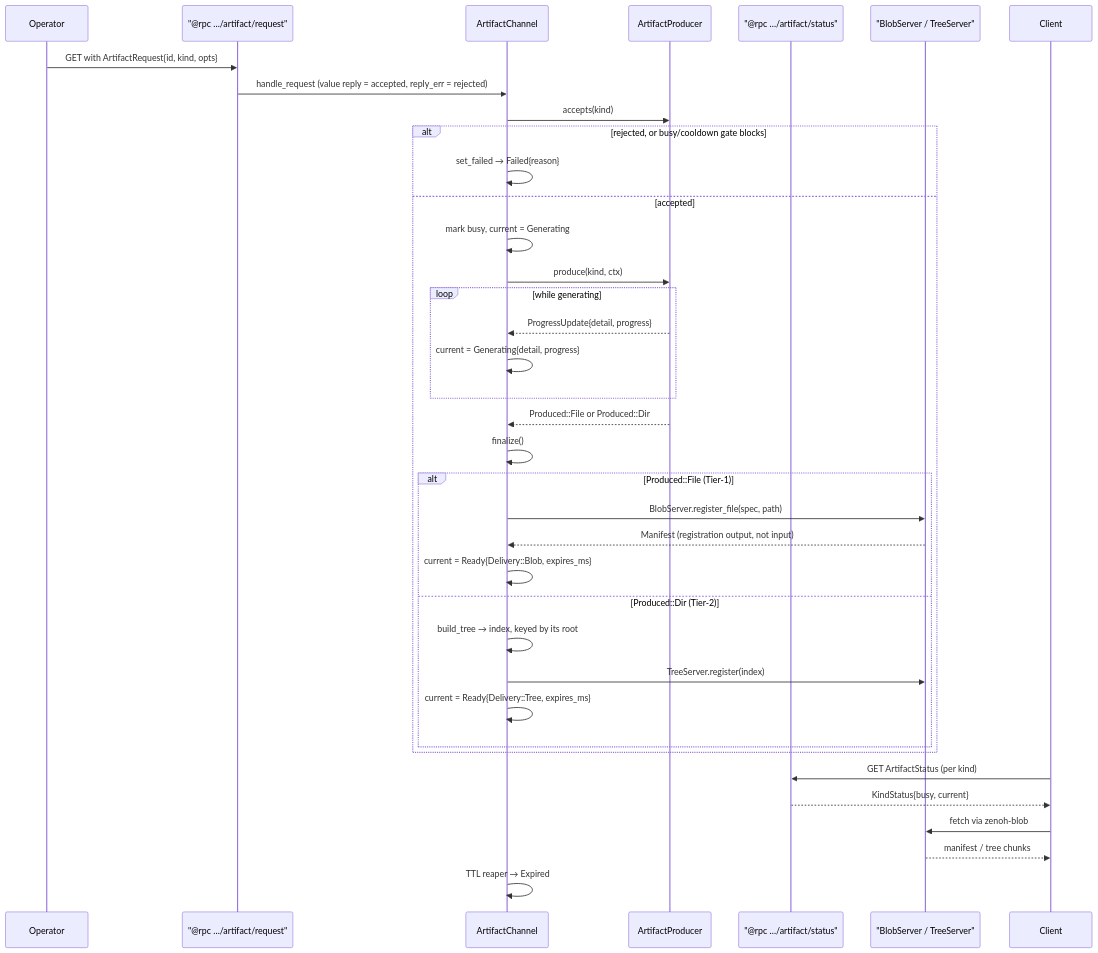
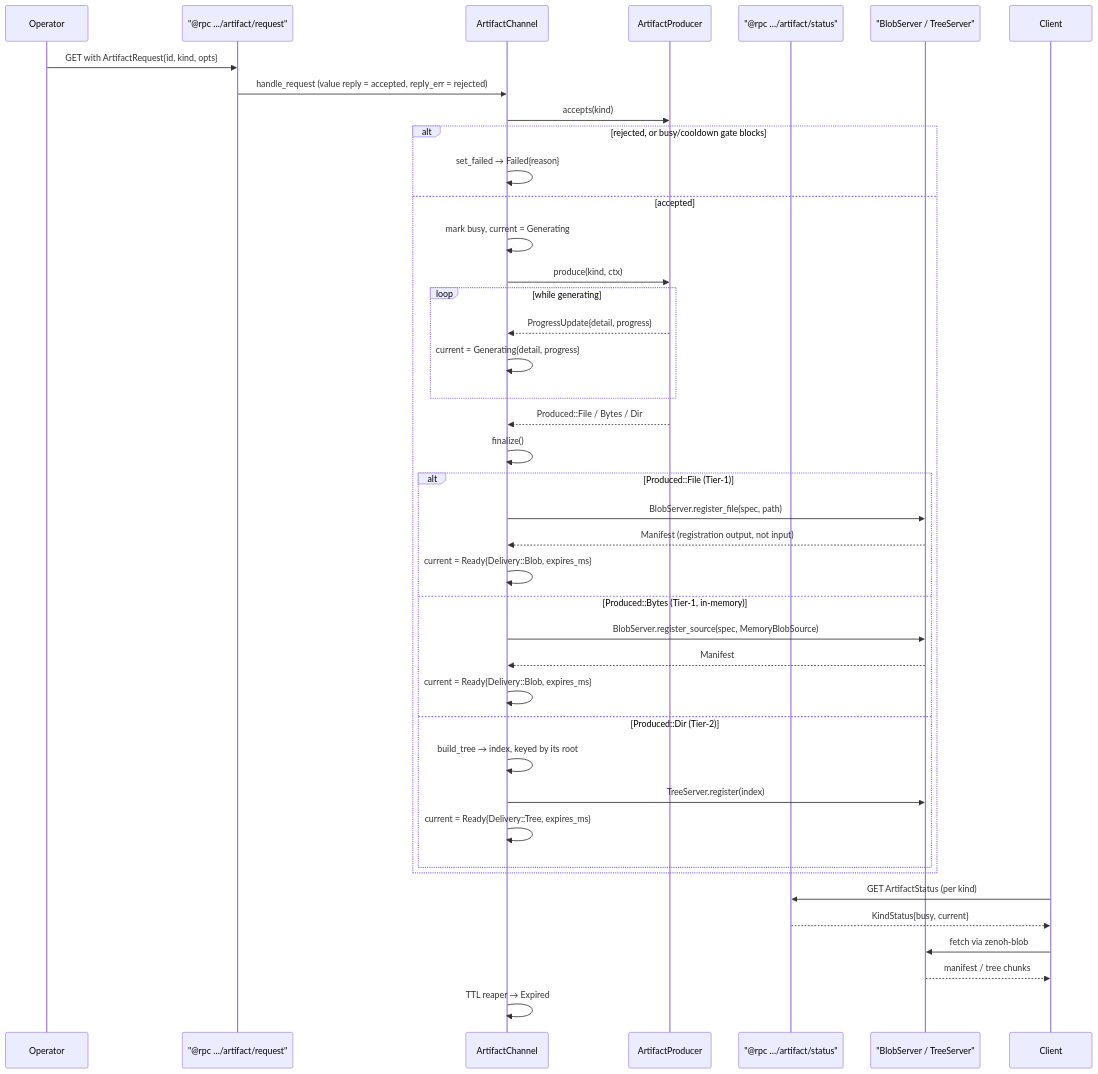
One commit to p13marc/zensight changed the second of 2 diagrams in zensight-sensor-core/docs/artifacts.md. Above: the diagram before and after it, drawn with Mermaid. The commit also changed other lines of this file and 5 other files, not shown here.

First line of the commit message:
feat(sensor-core): serve debug reports from memory via register_source

````diff
--- a/zensight-sensor-core/docs/artifacts.md
+++ b/zensight-sensor-core/docs/artifacts.md
@@ -69,40 +69,44 @@
 ```mermaid
 sequenceDiagram
     participant Operator
     participant Request as "@rpc …/artifact/request"
     participant Channel as ArtifactChannel
     participant Producer as ArtifactProducer
     participant Status as "@rpc …/artifact/status"
     participant Blob as "BlobServer / TreeServer"
     participant Client
 
     Operator->>Request: GET with ArtifactRequest{id, kind, opts}
     Request->>Channel: handle_request (value reply = accepted, reply_err = rejected)
     Channel->>Producer: accepts(kind)
     alt rejected, or busy/cooldown gate blocks
         Channel->>Channel: set_failed → Failed{reason}
     else accepted
         Channel->>Channel: mark busy, current = Generating
         Channel->>Producer: produce(kind, ctx)
         loop while generating
             Producer-->>Channel: ProgressUpdate{detail, progress}
             Channel->>Channel: current = Generating{detail, progress}
         end
-        Producer-->>Channel: Produced::File or Produced::Dir
+        Producer-->>Channel: Produced::File / Bytes / Dir
         Channel->>Channel: finalize()
         alt Produced::File (Tier-1)
             Channel->>Blob: BlobServer.register_file(spec, path)
             Blob-->>Channel: Manifest (registration output, not input)
+            Channel->>Channel: current = Ready{Delivery::Blob, expires_ms}
+        else Produced::Bytes (Tier-1, in-memory)
+            Channel->>Blob: BlobServer.register_source(spec, MemoryBlobSource)
+            Blob-->>Channel: Manifest
             Channel->>Channel: current = Ready{Delivery::Blob, expires_ms}
         else Produced::Dir (Tier-2)
             Channel->>Channel: build_tree → index, keyed by its root
             Channel->>Blob: TreeServer.register(index)
             Channel->>Channel: current = Ready{Delivery::Tree, expires_ms}
         end
     end
     Client->>Status: GET ArtifactStatus (per kind)
     Status-->>Client: KindStatus{busy, current}
     Client->>Blob: fetch via zenoh-blob
     Blob-->>Client: manifest / tree chunks
     Channel->>Channel: TTL reaper → Expired
 ```
````
